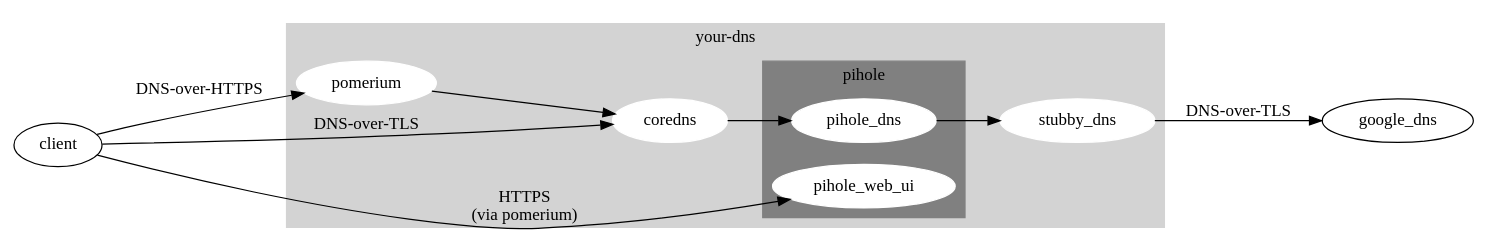
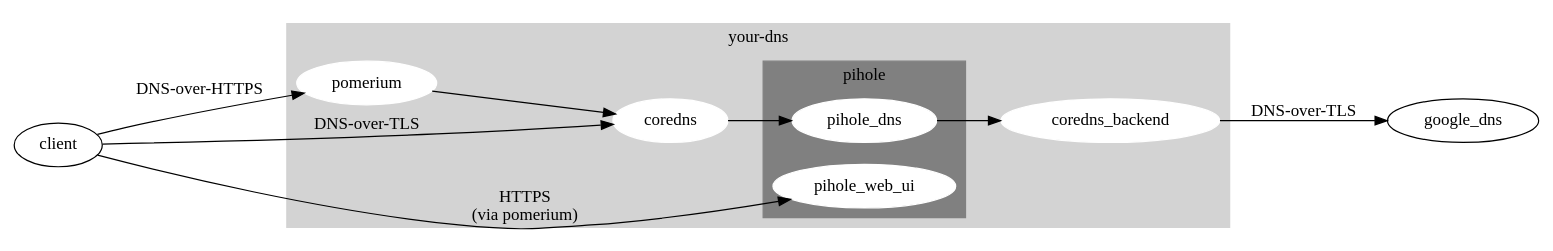
Before and after one commit to yegle/your-dns: the diagram in graph.dot, drawn with Graphviz. The commit also changed 2 other files, not shown here.

Commit message:
Replace stubby with coredns.

```diff
--- a/graph.dot
+++ b/graph.dot
@@ -1,23 +1,23 @@
 digraph G {
   rankdir=LR;
   subgraph cluster_0 {
     style=filled;
     color=lightgrey;
     node [style=filled,color=white];
     pomerium -> coredns;
     coredns -> pihole_dns
-    pihole_dns -> stubby_dns;
+    pihole_dns -> coredns_backend;
     label = "your-dns";
     subgraph cluster_1 {
         style=filled;
         color=grey;
         label="pihole"
         pihole_dns;
         pihole_web_ui;
     }
   }
   client -> pomerium [label="DNS-over-HTTPS"];
   client -> pihole_web_ui [label="HTTPS\n(via pomerium)"];
   client -> coredns [label="DNS-over-TLS"];
-  stubby_dns -> google_dns [label="DNS-over-TLS"];
+  coredns_backend -> google_dns [label="DNS-over-TLS"];
 }
```
